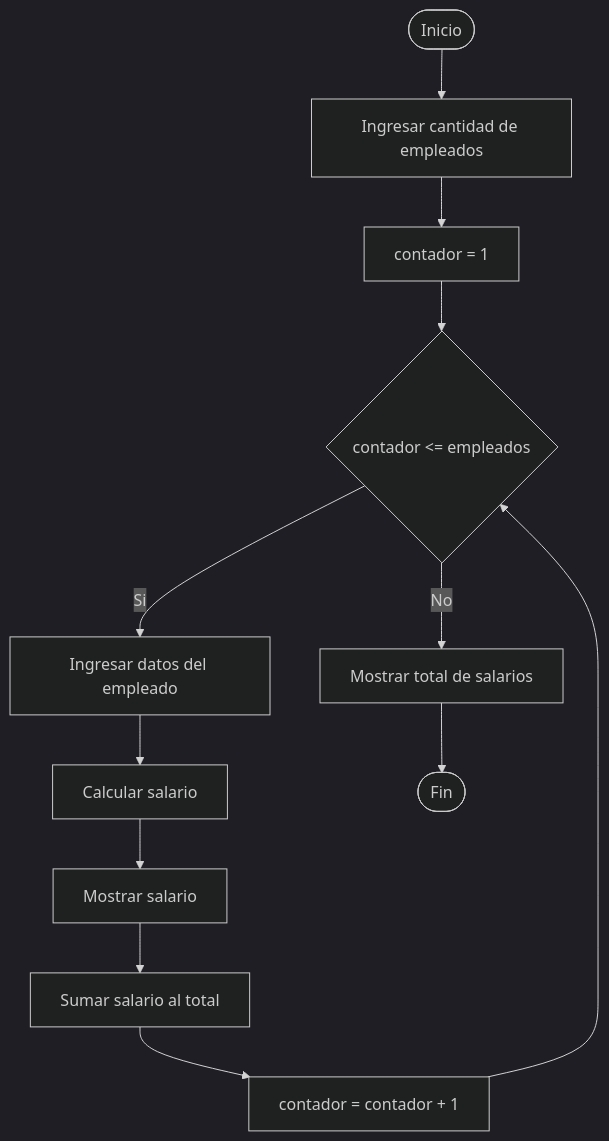
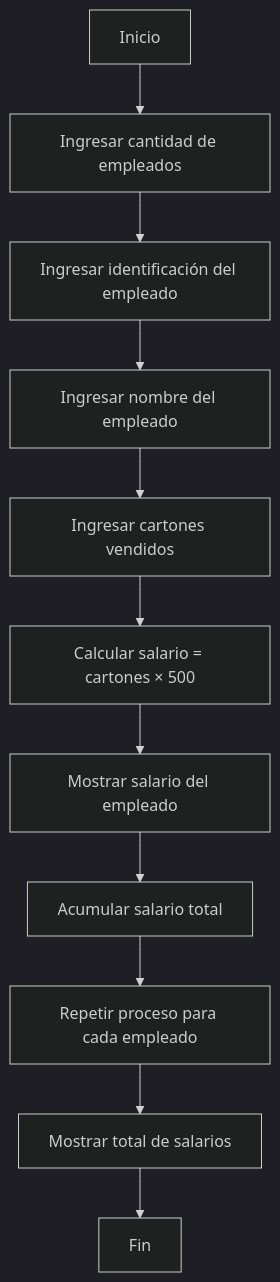
The diagram in README.md (Saikopon/Hola-mundo), drawn with Mermaid (dark theme) before and after one commit.

````diff
--- a/README.md
+++ b/README.md
@@ -72,16 +72,19 @@
 ```mermaid
 flowchart TD
-A([Inicio]) --> B[Ingresar cantidad de empleados]
-B --> C[contador = 1]
-C --> D{contador <= empleados}
 
-D -- Si --> E[Ingresar datos del empleado]
-E --> F[Calcular salario]
-F --> G[Mostrar salario]
-G --> H[Sumar salario al total]
-H --> I[contador = contador + 1]
+A[Inicio]
+A --> B[Ingresar cantidad de empleados]
 
-I --> D
-D -- No --> J[Mostrar total de salarios]
-J --> K([Fin])
+B --> C[Ingresar identificación del empleado]
+C --> D[Ingresar nombre del empleado]
+D --> E[Ingresar cartones vendidos]
+
+E --> F[Calcular salario = cartones × 500]
+F --> G[Mostrar salario del empleado]
+
+G --> H[Acumular salario total]
+H --> I[Repetir proceso para cada empleado]
+
+I --> J[Mostrar total de salarios]
+J --> K[Fin]
 ```
````
